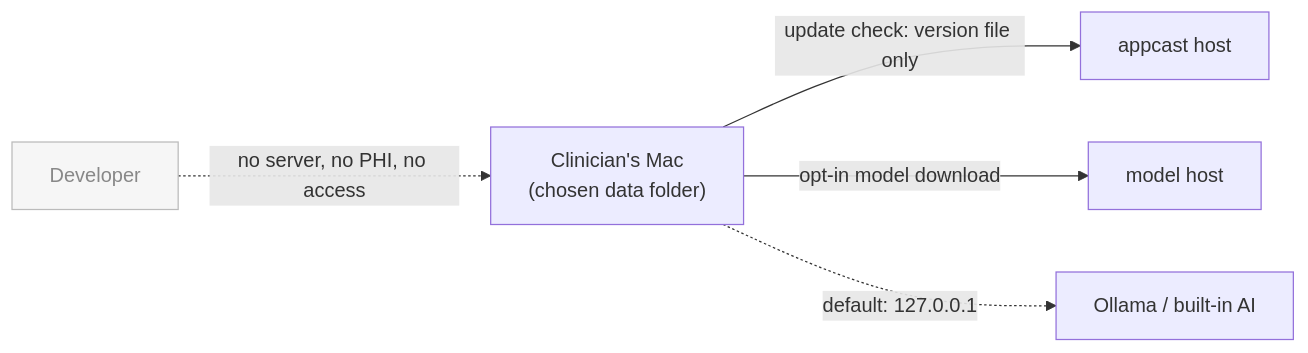
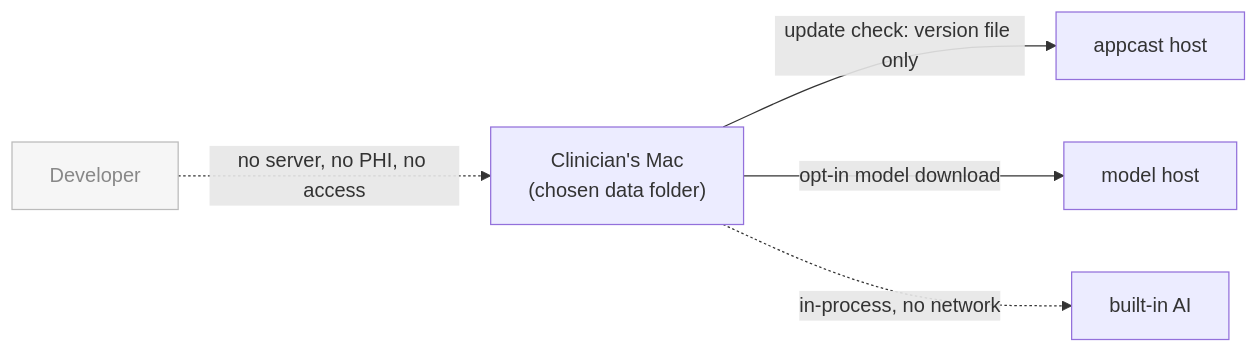
Before and after one commit to mgwedd/aletheia: the diagram in docs/HIPAA-SAFEGUARDS.md, drawn with Mermaid. The commit also changed other lines of this file and 1 other file, not shown here.

Commit message:
docs: describe the built-in AI engine in place of the removed Ollama path

````diff
--- a/docs/HIPAA-SAFEGUARDS.md
+++ b/docs/HIPAA-SAFEGUARDS.md
@@ -22,10 +22,10 @@
 ```mermaid
 flowchart LR
     C["Clinician's Mac<br/>(chosen data folder)"]
     C -->|update check: version file only| U["appcast host"]
     C -->|opt-in model download| M["model host"]
-    C -.->|default: 127.0.0.1| O["Ollama / built-in AI"]
+    C -.->|in-process, no network| O["built-in AI"]
     D["Developer"]:::none
     classDef none fill:#f6f6f6,stroke:#bbb,color:#888;
     D -. "no server, no PHI, no access" .-> C
 ```
````
